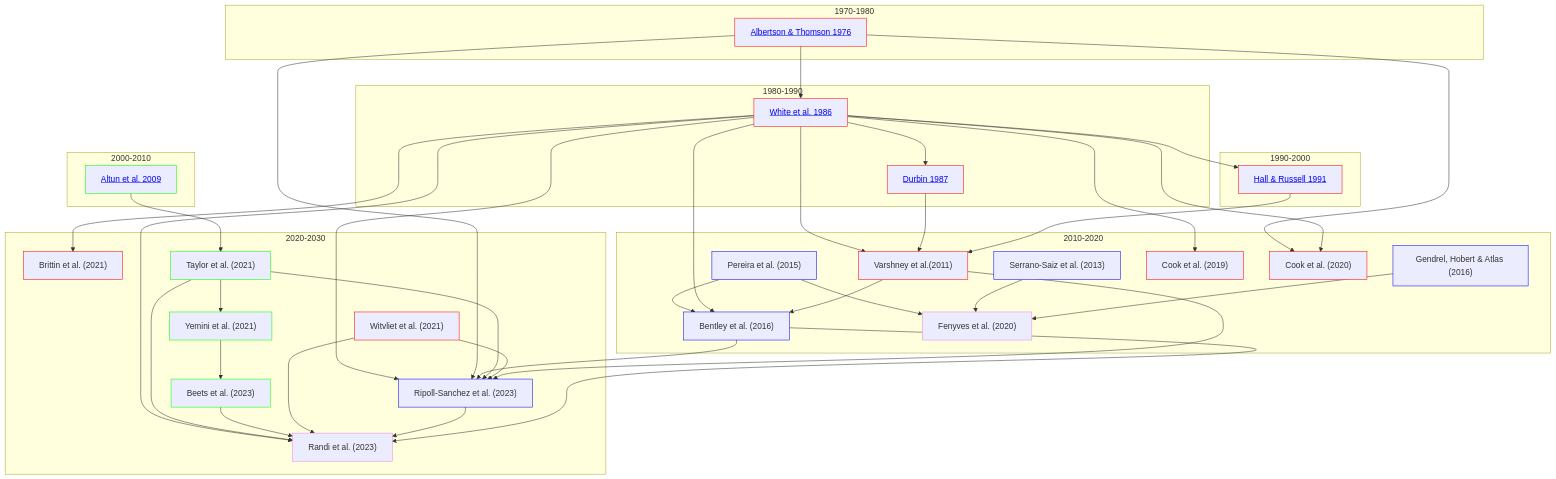
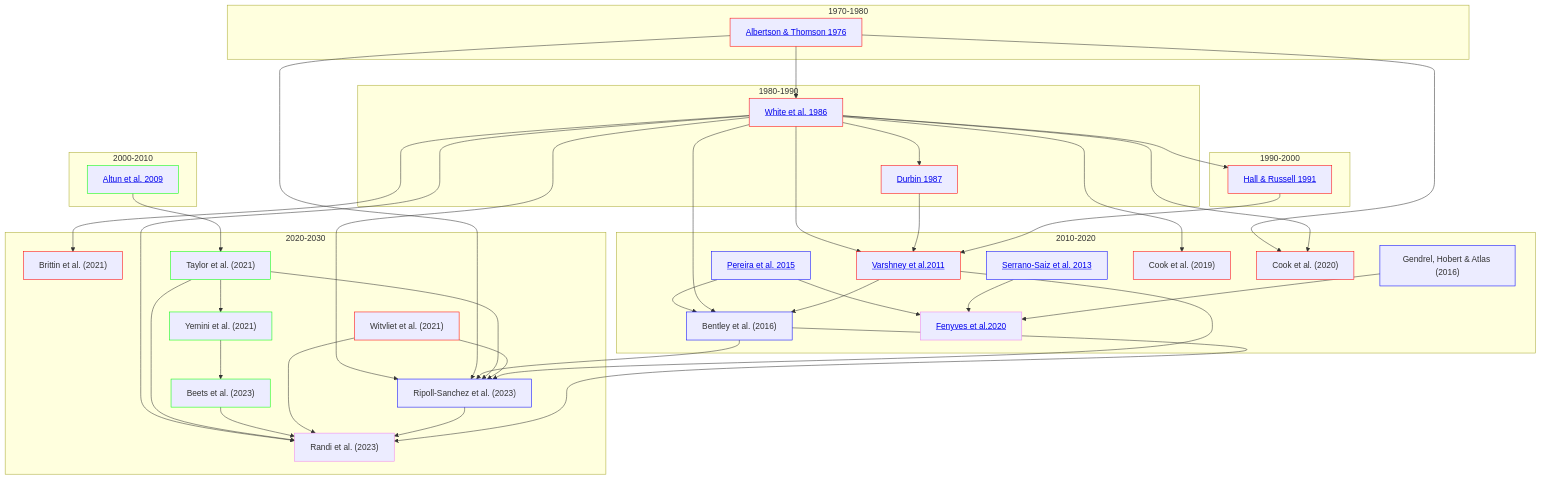
One commit to yasinthanvickneswaran/mermaidtest changed the diagram in README.md. Above: the diagram before and after it, drawn with Mermaid.

````diff
--- a/README.md
+++ b/README.md
@@ -1,69 +1,66 @@
 ```mermaid
 flowchart TD
     classDef anat stroke:#f00
     classDef gene stroke:#0f0
     classDef es stroke:#00f
     classDef func stroke:#ee82ee
 
 
     subgraph 1970-1980
     A1[<a href='https://github.com/yasinthanvickneswaran/ConnectomeToolbox/blob/main/docs/Albertson_Thompson_1976.md' >Albertson & Thomson 1976</a>]:::anat
     end
     subgraph 1980-1990
     A[<a href='https://github.com/yasinthanvickneswaran/ConnectomeToolbox/blob/main/docs/White_1986.md' >White et al. 1986</a>]:::anat & B[<a href='https://github.com/yasinthanvickneswaran/ConnectomeToolbox/blob/main/docs/Durbin_1987.md' >Durbin 1987</a>]:::anat
     end
 
     subgraph 1990-2000
     A2[<a href='https://github.com/yasinthanvickneswaran/ConnectomeToolbox/blob/main/docs/Hall_1991.md' >Hall & Russell 1991</a>]:::anat
     end
 
     subgraph 2000-2010
     C[<a href='https://github.com/yasinthanvickneswaran/ConnectomeToolbox/blob/main/docs/Altun_2009.md' >Altun et al. 2009</a>]:::gene 
     end
 
     subgraph 2010-2020
-    D & E & E1 & E2 & F & G & H & I
+    D[<a href='https://github.com/yasinthanvickneswaran/ConnectomeToolbox/blob/main/docs/Varshney_2011.md' >Varshney et al.2011</a>]:::anat & E[<a href='https://github.com/yasinthanvickneswaran/ConnectomeToolbox/blob/main/docs/Pereira_2015.md' >Pereira et al. 2015</a>]:::es & E1[<a href='https://github.com/yasinthanvickneswaran/ConnectomeToolbox/blob/main/docs/Serrano_2013.md' >Serrano-Saiz et al. 2013</a>]:::es  & E2["Gendrel, Hobert & Atlas (2016)"]:::es & F["Bentley et al. (2016)"]:::es & G["Cook et al. (2019)"]:::anat & H[<a href='https://github.com/yasinthanvickneswaran/ConnectomeToolbox/blob/main/docs/Fenyves_2020.md' >Fenyves et al.2020</a>]:::func & I["Cook et al. (2020)"]:::anat
     end
     subgraph 2020-2030
-    J & K & L & M & N & P & NP
+    J["Brittin et al. (2021)"]:::anat & K["Witvliet et al. (2021)"]:::anat & L["Taylor et al. (2021)"]:::gene & M["Yemini et al. (2021)"]:::gene & N["Beets et al. (2023)"]:::gene & P["Randi et al. (2023)"]:::func & NP["Ripoll-Sanchez et al. (2023)"]:::es
     end     
 
 
-    E --> H["Fenyves et al. (2020)"]:::func
-    E1["Serrano-Saiz et al. (2013)"]:::es --> H
-    E2["Gendrel, Hobert & Atlas (2016)"]:::es --> H
-    K["Witvliet et al. (2021)"]:::anat
-    E["Pereira et al. (2015)"]:::es --> F["Bentley et al. (2016)"]:::es
-
-    C --> L["Taylor et al. (2021)"]:::gene
-    L --> M["Yemini et al. (2021)"]:::gene
-    M --> N["Beets et al. (2023)"]:::gene
-
+    E --> H
+    E1 --> H
+    E2 --> H
+    E --> F
+    C --> L
+    L --> M
+    M --> N
     A --> B
     A1 --> A
     A1 --> I
     A  --> A2
-    A --> D["Varshney et al.(2011)"]:::anat
+    A --> D
     B --> D
     A2 --> D
-    A --> G["Cook et al. (2019)"]:::anat
-    A --> I["Cook et al. (2020)"]:::anat
-    A --> J["Brittin et al. (2021)"]:::anat
+    A --> G
+    A --> I
+    A --> J
     A --> F
     D --> F
-    A --> NP["Ripoll-Sanchez et al. (2023)"]:::es
+    A --> NP
     A1 --> NP
     F --> NP
     L --> NP
     K --> NP
     D --> NP
-    A --> P["Randi et al. (2023)"]:::func
+    A --> P
     L --> P
     N --> P
     K --> P
     NP --> P
     F --> P
 
     
     
 ```
````
